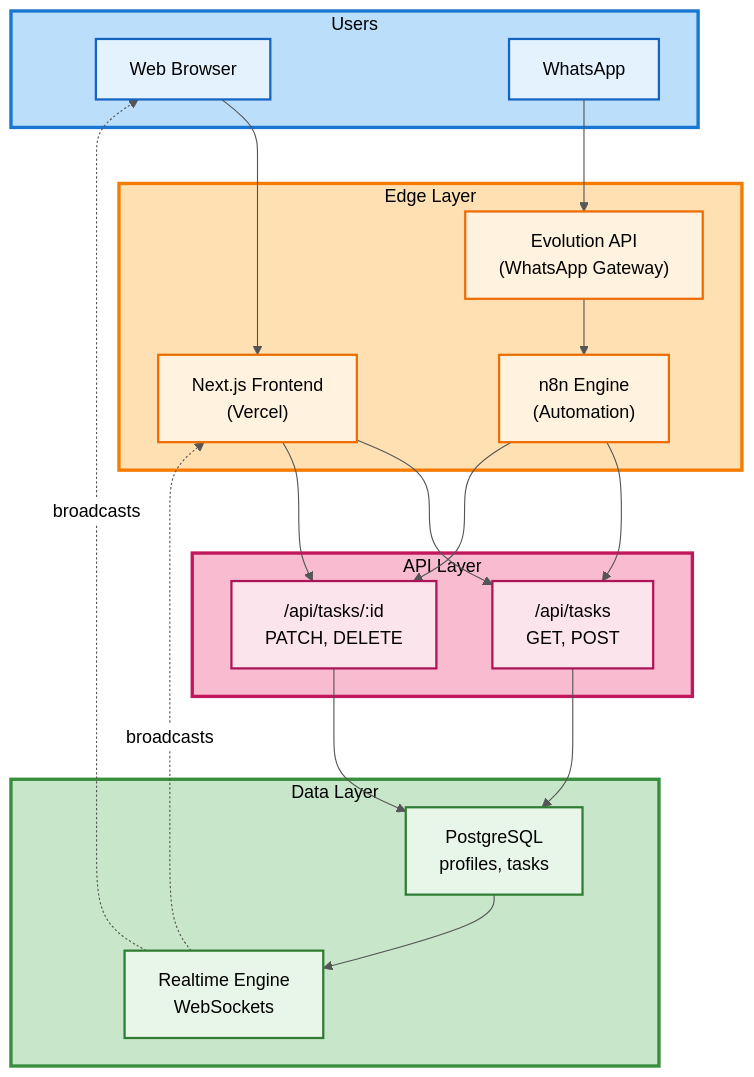
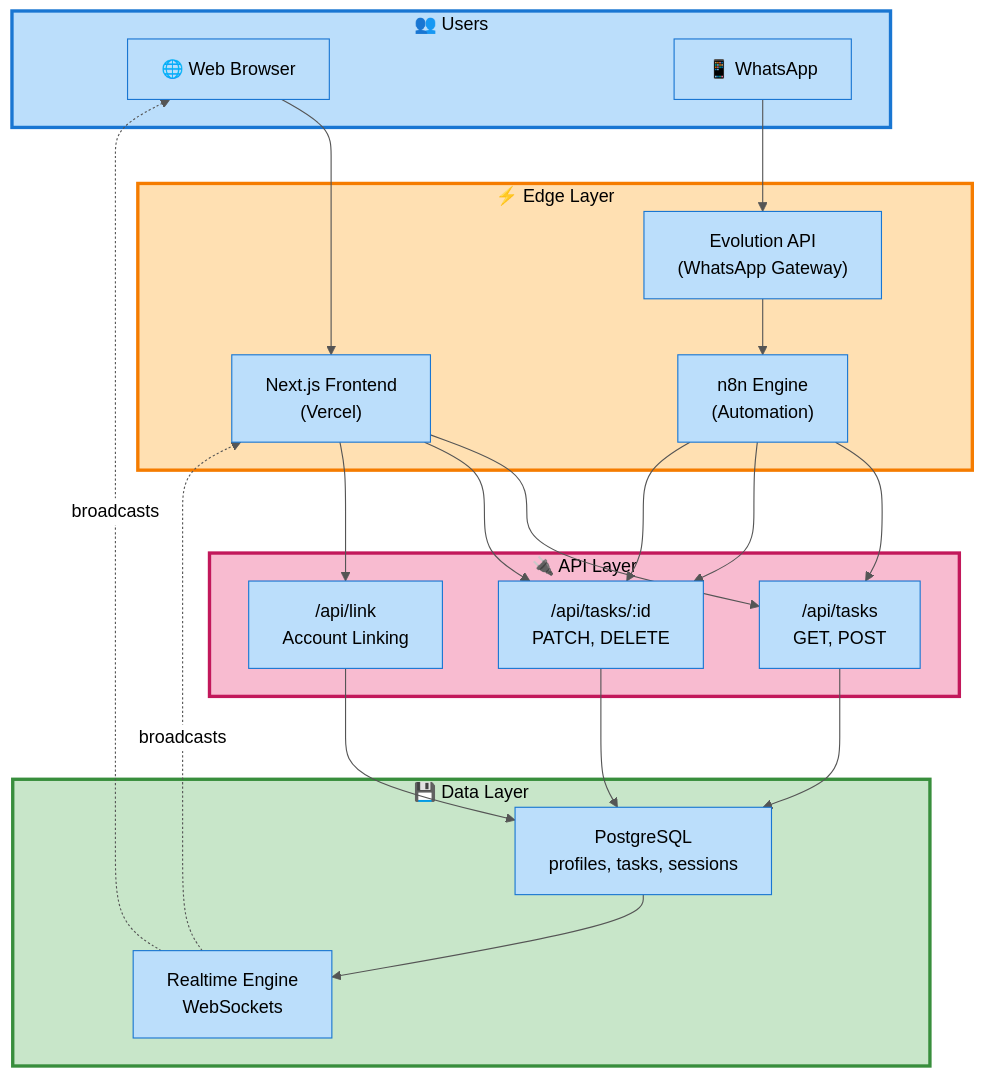
Before and after one commit to brcassiano/TaskFlow: the first of 2 diagrams in README.md, drawn with Mermaid. The commit also changed other lines of this file, not shown here.

````diff
--- a/README.md
+++ b/README.md
@@ -33,55 +33,49 @@
 ```mermaid
 %%{init: {'theme':'base', 'themeVariables': { 'primaryColor':'#bbdefb','primaryTextColor':'#000','primaryBorderColor':'#1976d2','lineColor':'#555','secondaryColor':'#ffe0b2','tertiaryColor':'#f8bbd0','clusterBkg':'#bbdefb','clusterBorder':'#1976d2','titleColor':'#000','edgeLabelBackground':'#fff'}}}%%
 graph TB
-    subgraph USERS["Users"]
-        WB["Web Browser"]
-        WA["WhatsApp"]
+    subgraph USERS["👥 Users"]
+        WB["🌐 Web Browser"]
+        WA["📱 WhatsApp"]
     end
 
-    subgraph EDGE["Edge Layer"]
+    subgraph EDGE["⚡ Edge Layer"]
         FE["Next.js Frontend<br/>(Vercel)"]
         EVO["Evolution API<br/>(WhatsApp Gateway)"]
         N8N["n8n Engine<br/>(Automation)"]
     end
 
-    subgraph API["API Layer"]
+    subgraph API["🔌 API Layer"]
         TASKS["/api/tasks<br/>GET, POST"]
         TASKID["/api/tasks/:id<br/>PATCH, DELETE"]
+        LINK["/api/link<br/>Account Linking"]
     end
 
-    subgraph DATA["Data Layer"]
-        DB["PostgreSQL<br/>profiles, tasks"]
+    subgraph DATA["💾 Data Layer"]
+        DB["PostgreSQL<br/>profiles, tasks, sessions"]
         RT["Realtime Engine<br/>WebSockets"]
     end
 
     WB --> FE
     FE --> TASKS
     FE --> TASKID
+    FE --> LINK
 
     WA --> EVO
     EVO --> N8N
     N8N --> TASKS
+    N8N --> TASKID
 
     TASKS --> DB
     TASKID --> DB
+    LINK --> DB
     N8N --> TASKID
 
     DB --> RT
     RT -.->|broadcasts| FE
     RT -.->|broadcasts| WB
 
     style USERS fill:#bbdefb,stroke:#1976d2,stroke-width:3px
     style EDGE fill:#ffe0b2,stroke:#f57c00,stroke-width:3px
     style API fill:#f8bbd0,stroke:#c2185b,stroke-width:3px
     style DATA fill:#c8e6c9,stroke:#388e3c,stroke-width:3px
-    
-    style WB fill:#e3f2fd,stroke:#1565c0,stroke-width:2px,color:#000
-    style WA fill:#e3f2fd,stroke:#1565c0,stroke-width:2px,color:#000
-    style FE fill:#fff3e0,stroke:#ef6c00,stroke-width:2px,color:#000
-    style EVO fill:#fff3e0,stroke:#ef6c00,stroke-width:2px,color:#000
-    style N8N fill:#fff3e0,stroke:#ef6c00,stroke-width:2px,color:#000
-    style TASKS fill:#fce4ec,stroke:#ad1457,stroke-width:2px,color:#000
-    style TASKID fill:#fce4ec,stroke:#ad1457,stroke-width:2px,color:#000
-    style DB fill:#e8f5e9,stroke:#2e7d32,stroke-width:2px,color:#000
-    style RT fill:#e8f5e9,stroke:#2e7d32,stroke-width:2px,color:#000
 ```
````
